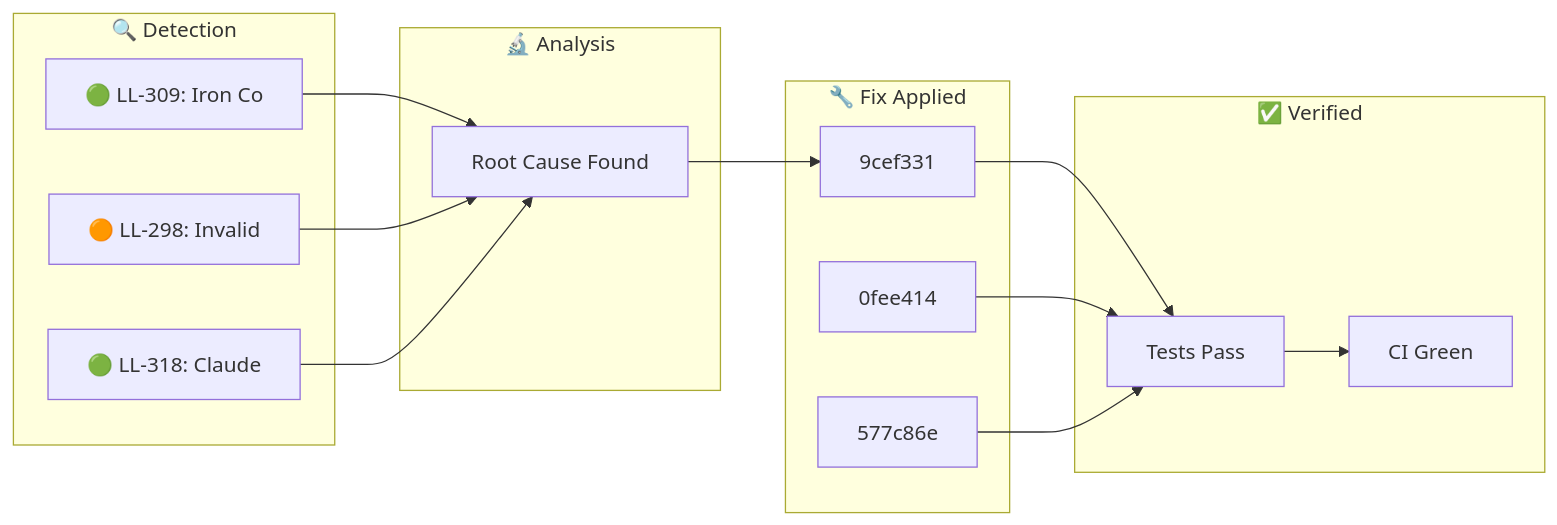
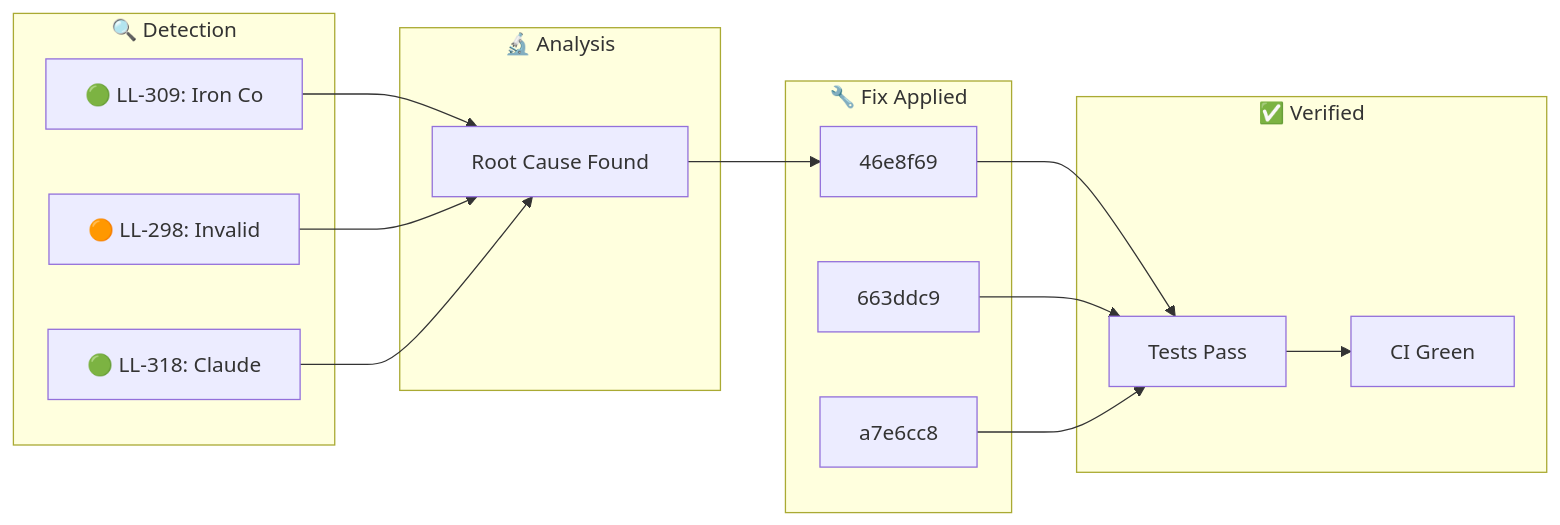
The diagram in docs/_posts/2026-01-29-ralph-discovery.md (YoByron/trading), drawn with Mermaid before and after one commit. The commit also changed other lines of this file, not shown here.

````diff
--- a/docs/_posts/2026-01-29-ralph-discovery.md
+++ b/docs/_posts/2026-01-29-ralph-discovery.md
@@ -17,28 +17,28 @@
 ```mermaid
 flowchart LR
     subgraph Detection["🔍 Detection"]
         D1["🟢 LL-309: Iron Co"]
         D2["🟠 LL-298: Invalid"]
         D3["🟢 LL-318: Claude "]
     end
     subgraph Analysis["🔬 Analysis"]
         A1["Root Cause Found"]
     end
     subgraph Fix["🔧 Fix Applied"]
-        F1["9cef331"]
-        F2["0fee414"]
-        F3["577c86e"]
+        F1["46e8f69"]
+        F2["663ddc9"]
+        F3["a7e6cc8"]
     end
     subgraph Verify["✅ Verified"]
         V1["Tests Pass"]
         V2["CI Green"]
     end
     D1 --> A1
     D2 --> A1
     D3 --> A1
     A1 --> F1
     F1 --> V1
     F2 --> V1
     F3 --> V1
     V1 --> V2
 ```
````
